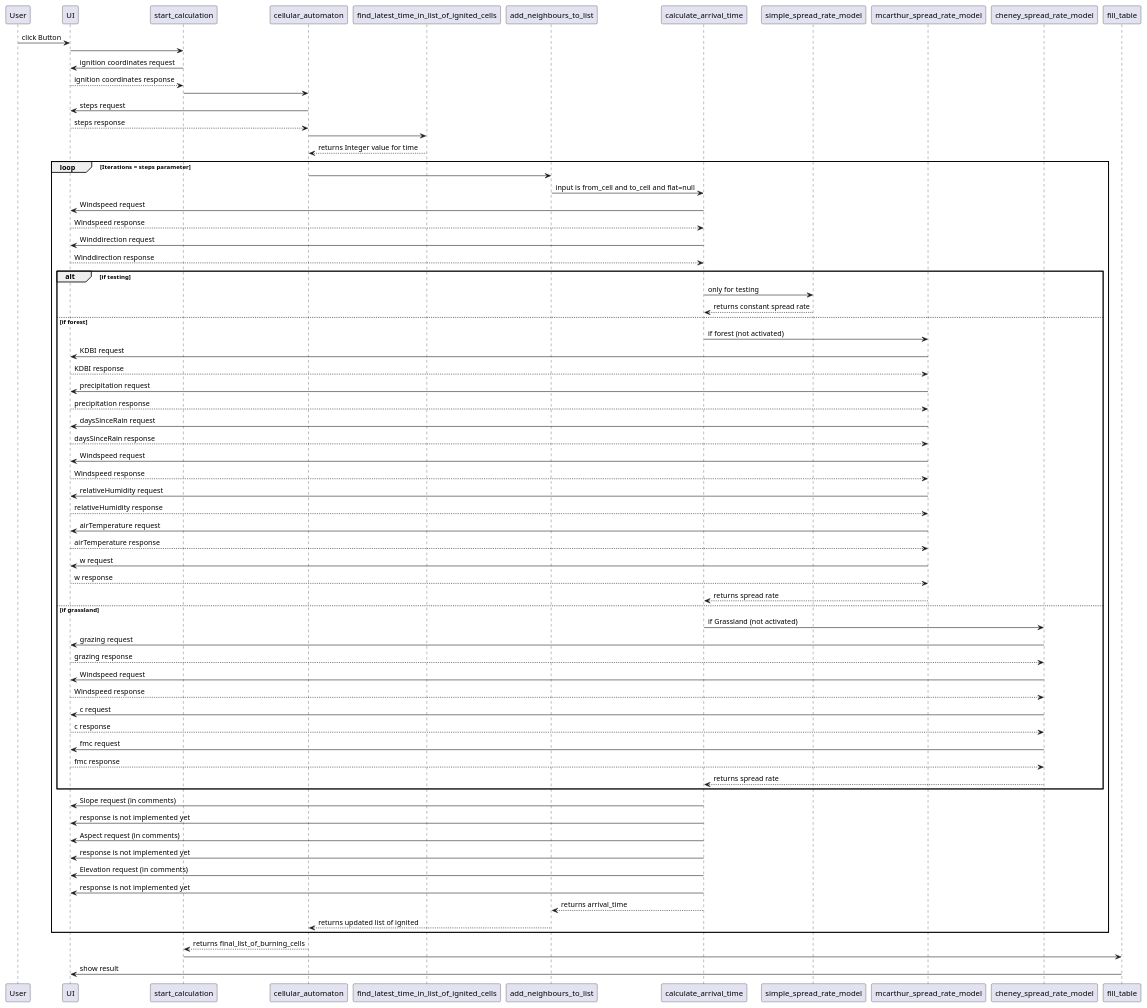
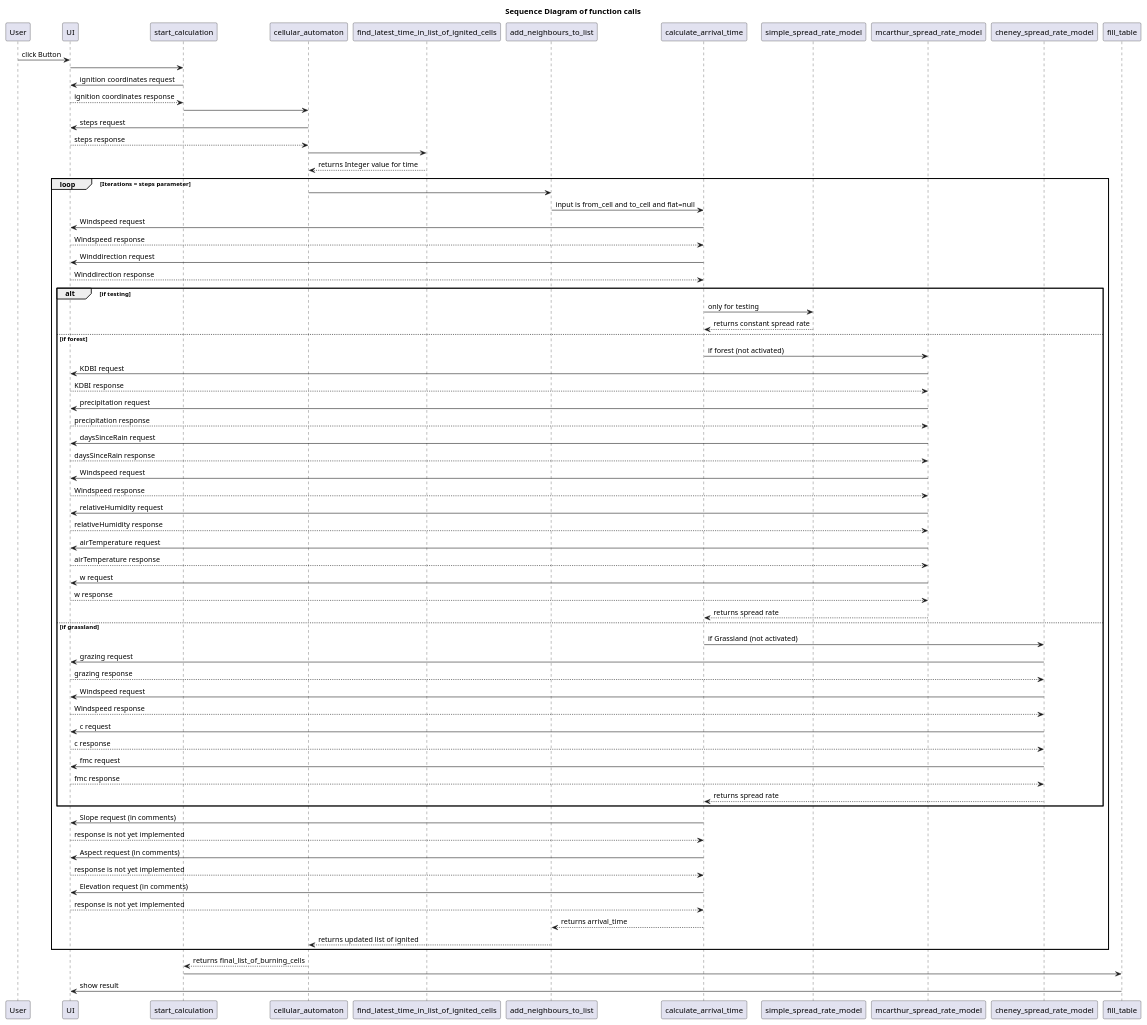
Before and after one commit to OTI2020/ember-sim-germany: the diagram in documentation/sequenzdiagram_plantUML.plantuml, drawn with PlantUML. The commit also changed 1 other file, not shown here.

```diff
--- a/documentation/sequenzdiagram_plantUML.plantuml
+++ b/documentation/sequenzdiagram_plantUML.plantuml
@@ -1,85 +1,85 @@
 @startuml
 'skinparam backgroundColor #EEEBDC
 
 /'
 use for testing plantUML:
 https://www.plantuml.com/plantuml/uml
 '/
-
+Title Sequence Diagram of function calls
 
 User -> UI: click Button
 UI -> start_calculation
 start_calculation -> UI: ignition coordinates request
 start_calculation <-- UI: ignition coordinates response
 start_calculation -> cellular_automaton
 
 cellular_automaton -> UI: steps request
 cellular_automaton <-- UI: steps response
 cellular_automaton -> find_latest_time_in_list_of_ignited_cells
 cellular_automaton <-- find_latest_time_in_list_of_ignited_cells: returns Integer value for time
 
 loop Iterations = steps parameter
 
 cellular_automaton -> add_neighbours_to_list
 
 add_neighbours_to_list -> calculate_arrival_time: input is from_cell and to_cell and flat=null 
 
 
 calculate_arrival_time -> UI: Windspeed request
 calculate_arrival_time <-- UI: Windspeed response
 calculate_arrival_time -> UI: Winddirection request
 calculate_arrival_time <-- UI: Winddirection response
 alt if testing
 calculate_arrival_time -> simple_spread_rate_model: only for testing
 calculate_arrival_time <-- simple_spread_rate_model: returns constant spread rate
 else if forest
 calculate_arrival_time -> mcarthur_spread_rate_model: if forest (not activated)
 mcarthur_spread_rate_model -> UI: KDBI request
 mcarthur_spread_rate_model <-- UI: KDBI response
 mcarthur_spread_rate_model -> UI: precipitation request
 mcarthur_spread_rate_model <-- UI: precipitation response
 mcarthur_spread_rate_model -> UI: daysSinceRain request
 mcarthur_spread_rate_model <-- UI: daysSinceRain response
 mcarthur_spread_rate_model -> UI: Windspeed request
 mcarthur_spread_rate_model <-- UI: Windspeed response
 mcarthur_spread_rate_model -> UI: relativeHumidity request
 mcarthur_spread_rate_model <-- UI: relativeHumidity response
 mcarthur_spread_rate_model -> UI: airTemperature request
 mcarthur_spread_rate_model <-- UI: airTemperature response
 mcarthur_spread_rate_model -> UI: w request
 mcarthur_spread_rate_model <-- UI: w response
 calculate_arrival_time <-- mcarthur_spread_rate_model: returns spread rate
 else if grassland
 calculate_arrival_time -> cheney_spread_rate_model: if Grassland (not activated)
 cheney_spread_rate_model -> UI: grazing request
 cheney_spread_rate_model <-- UI: grazing response
 cheney_spread_rate_model -> UI: Windspeed request
 cheney_spread_rate_model <-- UI: Windspeed response
 cheney_spread_rate_model -> UI: c request
 cheney_spread_rate_model <-- UI: c response
 cheney_spread_rate_model -> UI: fmc request
 cheney_spread_rate_model <-- UI: fmc response
 calculate_arrival_time <-- cheney_spread_rate_model: returns spread rate
 end
 calculate_arrival_time -> UI: Slope request (in comments)
-calculate_arrival_time -> UI: response is not implemented yet
+calculate_arrival_time <-- UI: response is not yet implemented
 calculate_arrival_time -> UI: Aspect request (in comments)
-calculate_arrival_time -> UI: response is not implemented yet
+calculate_arrival_time <-- UI: response is not yet implemented
 calculate_arrival_time -> UI: Elevation request (in comments)
-calculate_arrival_time -> UI: response is not implemented yet
+calculate_arrival_time <-- UI: response is not yet implemented
 
 
 add_neighbours_to_list <-- calculate_arrival_time: returns arrival_time
 
 
 cellular_automaton <-- add_neighbours_to_list: returns updated list of ignited 
 end
 
 
 
 start_calculation <-- cellular_automaton: returns final_list_of_burning_cells
 
 
 start_calculation -> fill_table
 fill_table -> UI: show result
 @enduml
```
